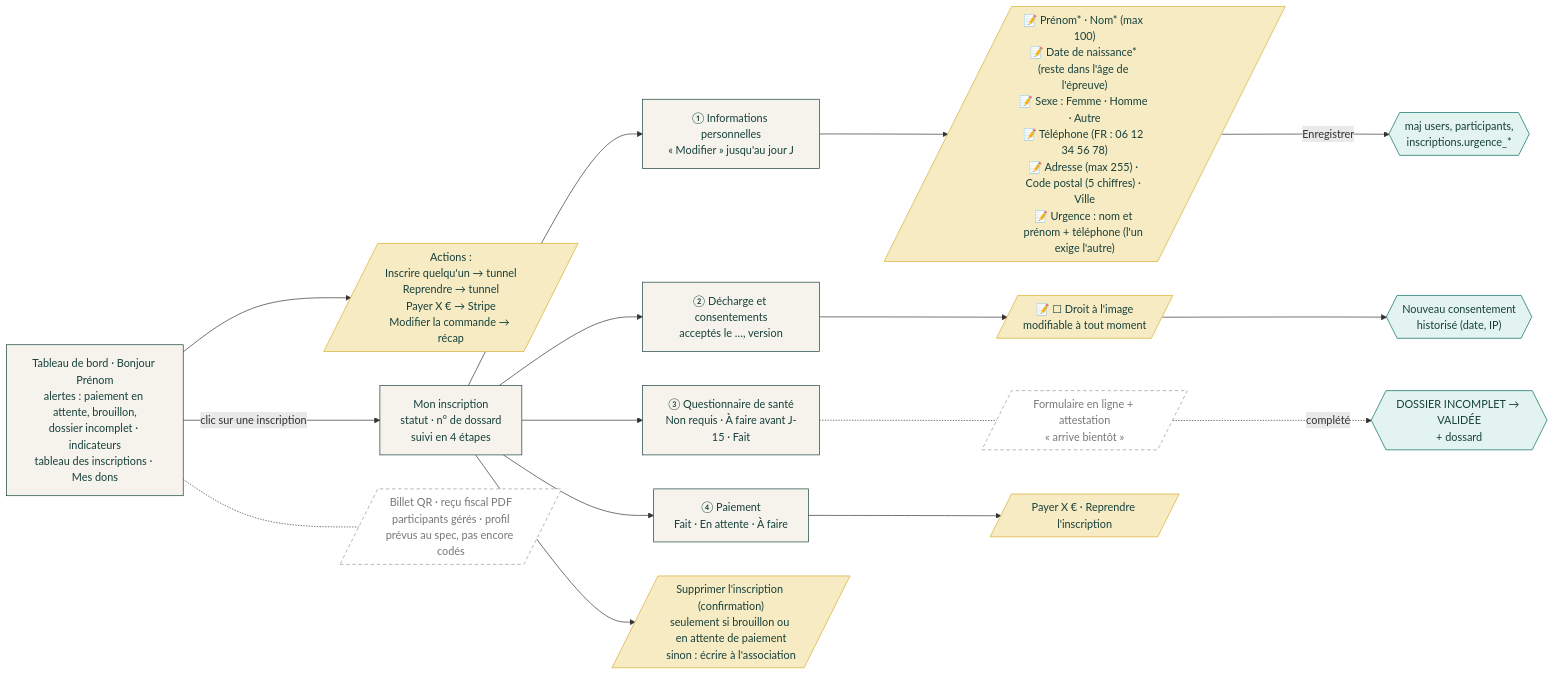
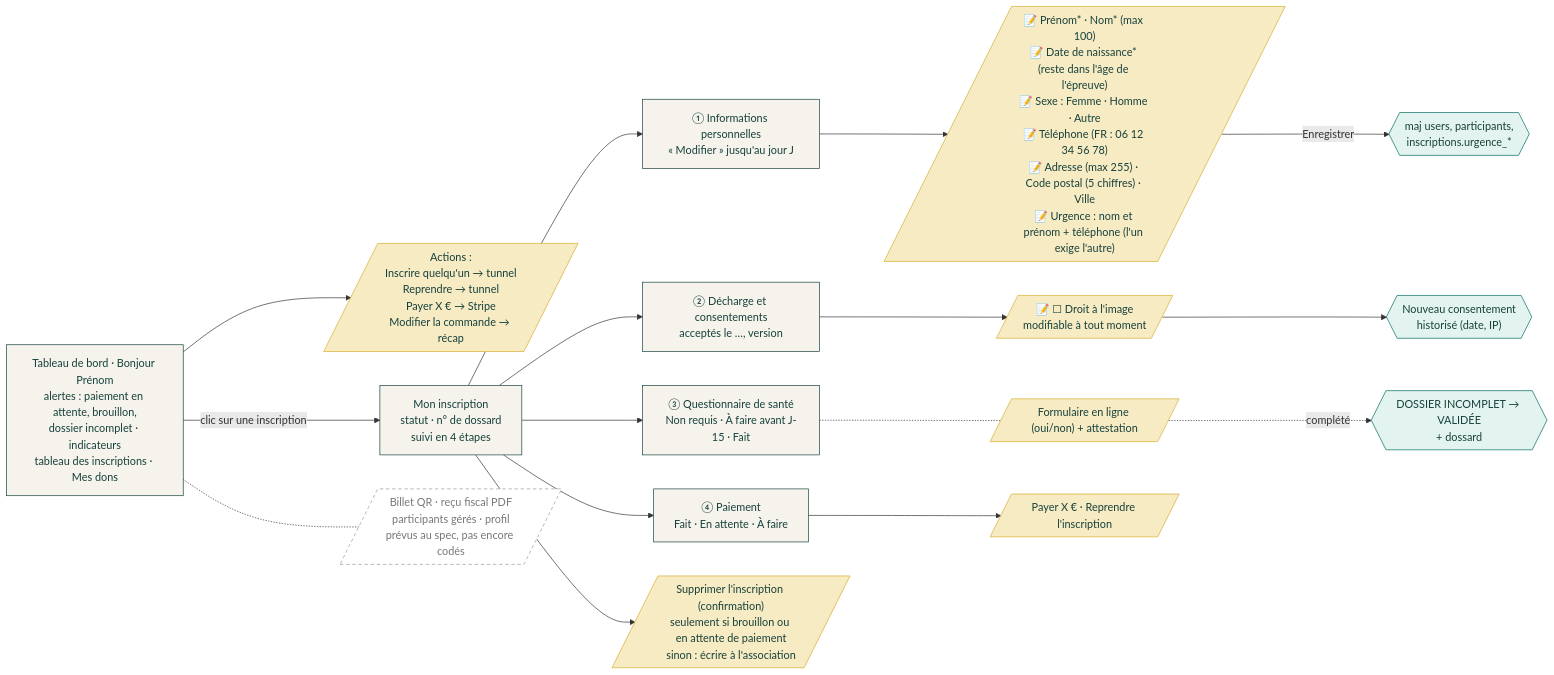
One commit to OanHamon/Run_For_Lorene changed the fourth of 5 diagrams in docs/parcours-utilisateur.md. Above: the diagram before and after it, drawn with Mermaid. The commit also changed other lines of this file and 17 other files, not shown here.

First line of the commit message:
Questionnaires de santé et de décharge en ligne (oui/non)

````diff
--- a/docs/parcours-utilisateur.md
+++ b/docs/parcours-utilisateur.md
@@ -195,29 +195,29 @@
 ```mermaid
 flowchart LR
     classDef ecran fill:#F5F3EC,stroke:#16403B,color:#16403B
     classDef saisie fill:#F7EBC4,stroke:#D6AD2B,color:#16403B
     classDef serveur fill:#E3F3EF,stroke:#00695F,color:#16403B
     classDef prevu fill:#FFFFFF,stroke:#999,stroke-dasharray:5 4,color:#777
 
     ESP["Tableau de bord · Bonjour Prénom<br/>alertes : paiement en attente, brouillon,<br/>dossier incomplet · indicateurs<br/>tableau des inscriptions · Mes dons"]:::ecran
     ESP --> A1[/"Actions :<br/>Inscrire quelqu'un → tunnel<br/>Reprendre → tunnel<br/>Payer X € → Stripe<br/>Modifier la commande → récap"/]:::saisie
     ESP -->|"clic sur une inscription"| F["Mon inscription<br/>statut · n° de dossard<br/>suivi en 4 étapes"]:::ecran
     ESP -.- PV[/"Billet QR · reçu fiscal PDF<br/>participants gérés · profil<br/>prévus au spec, pas encore codés"/]:::prevu
 
     F --> I["① Informations personnelles<br/>« Modifier » jusqu'au jour J"]:::ecran
     I --> I1[/"📝 Prénom* · Nom* (max 100)<br/>📝 Date de naissance* (reste dans l'âge de l'épreuve)<br/>📝 Sexe : Femme · Homme · Autre<br/>📝 Téléphone (FR : 06 12 34 56 78)<br/>📝 Adresse (max 255) · Code postal (5 chiffres) · Ville<br/>📝 Urgence : nom et prénom + téléphone (l'un exige l'autre)"/]:::saisie
     I1 -->|"Enregistrer"| IS{{"maj users, participants,<br/>inscriptions.urgence_*"}}:::serveur
 
     F --> C["② Décharge et consentements<br/>acceptés le …, version"]:::ecran
     C --> C1[/"📝 ☐ Droit à l'image<br/>modifiable à tout moment"/]:::saisie
     C1 --> CS{{"Nouveau consentement<br/>historisé (date, IP)"}}:::serveur
 
     F --> S["③ Questionnaire de santé<br/>Non requis · À faire avant J-15 · Fait"]:::ecran
-    S -.- S1[/"Formulaire en ligne + attestation<br/>« arrive bientôt »"/]:::prevu
+    S -.- S1[/"Formulaire en ligne (oui/non) + attestation"/]:::saisie
     S1 -.->|"complété"| SV{{"DOSSIER INCOMPLET → VALIDÉE<br/>+ dossard"}}:::serveur
 
     F --> P["④ Paiement<br/>Fait · En attente · À faire"]:::ecran
     P --> P1[/"Payer X € · Reprendre l'inscription"/]:::saisie
 
     F --> D[/"Supprimer l'inscription (confirmation)<br/>seulement si brouillon ou en attente de paiement<br/>sinon : écrire à l'association"/]:::saisie
 ```
````
